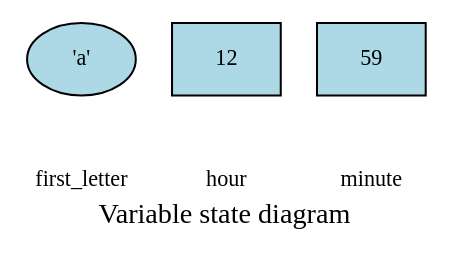
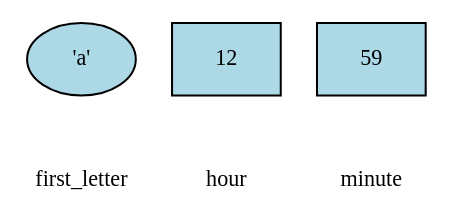
The diagram in src/chapter2/assignment.rst (DaveParillo/cisc192-reader), drawn with Graphviz before and after one commit. The commit also changed other lines of this file and 20 other files, not shown here.

```diff
--- a/src/chapter2/assignment.rst
+++ b/src/chapter2/assignment.rst
@@ -61,32 +61,32 @@
 .. digraph:: state
+   :name: fig_variable_state
+   :caption: Variable state diagram
+   :alt: state diagram showing variables and their values
    :align: center
-   :alt: Variable state diagram
 
    fontname = "Bitstream Vera Sans"
    node [
       fontname = "Bitstream Vera Sans"
       fontsize = 11
       style=filled
       fillcolor=lightblue
    ]
    edge [style=invis, constraint=false]
 
-   label="Variable state diagram";
-   labelloc=bottom;
    letter [label="'a'"];
    hour [label="12", shape="box"];
    min [label="59", shape="box"];
    letter -> hour -> min;
 
    node [
        shape="plain"
        style=none
    ]
    edge [constraint=true]
    t1 [label="first_letter"];
    t2 [label="hour"];
    t3 [label="minute"];
    letter -> t1;
    hour -> t2;
    min -> t3;
    {rank=sink; t1 t2 t3};
```
